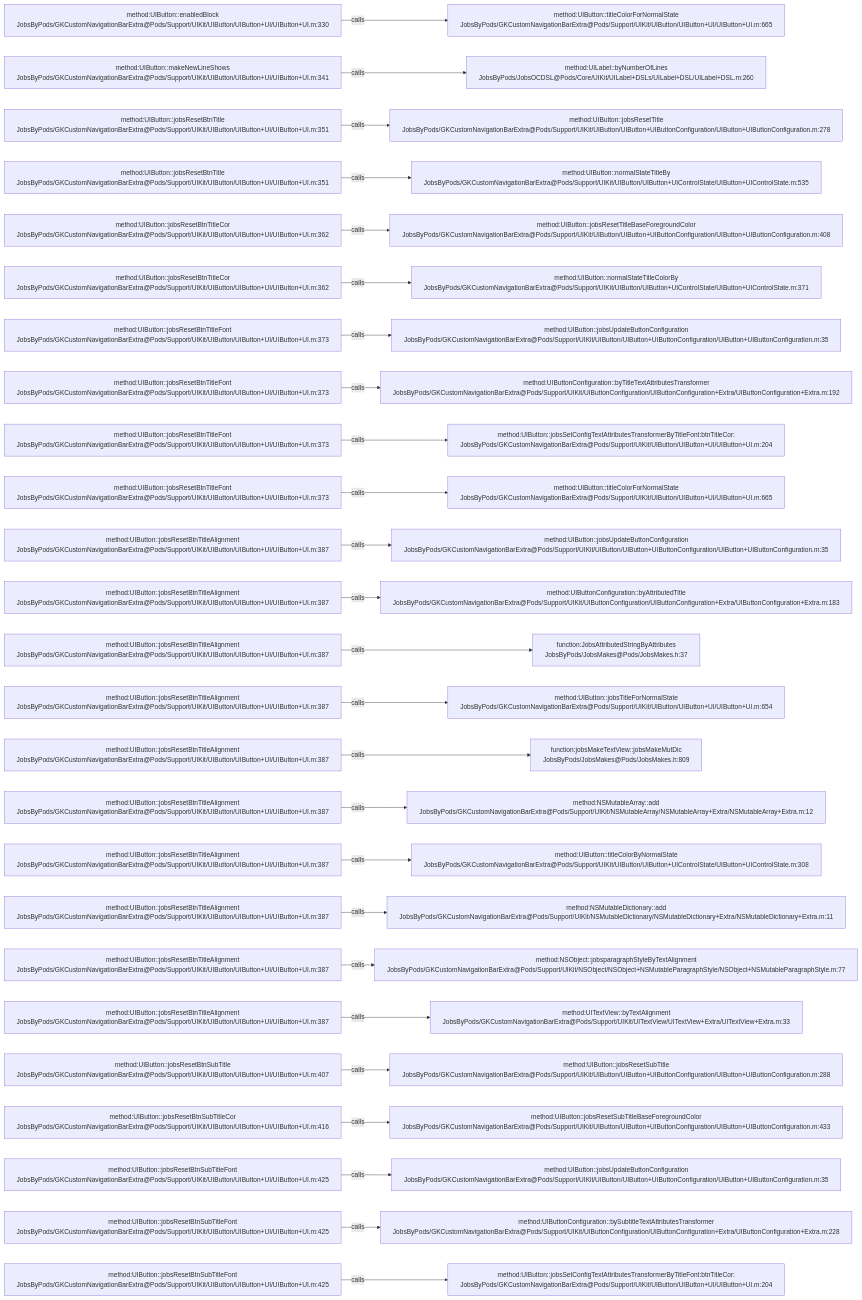
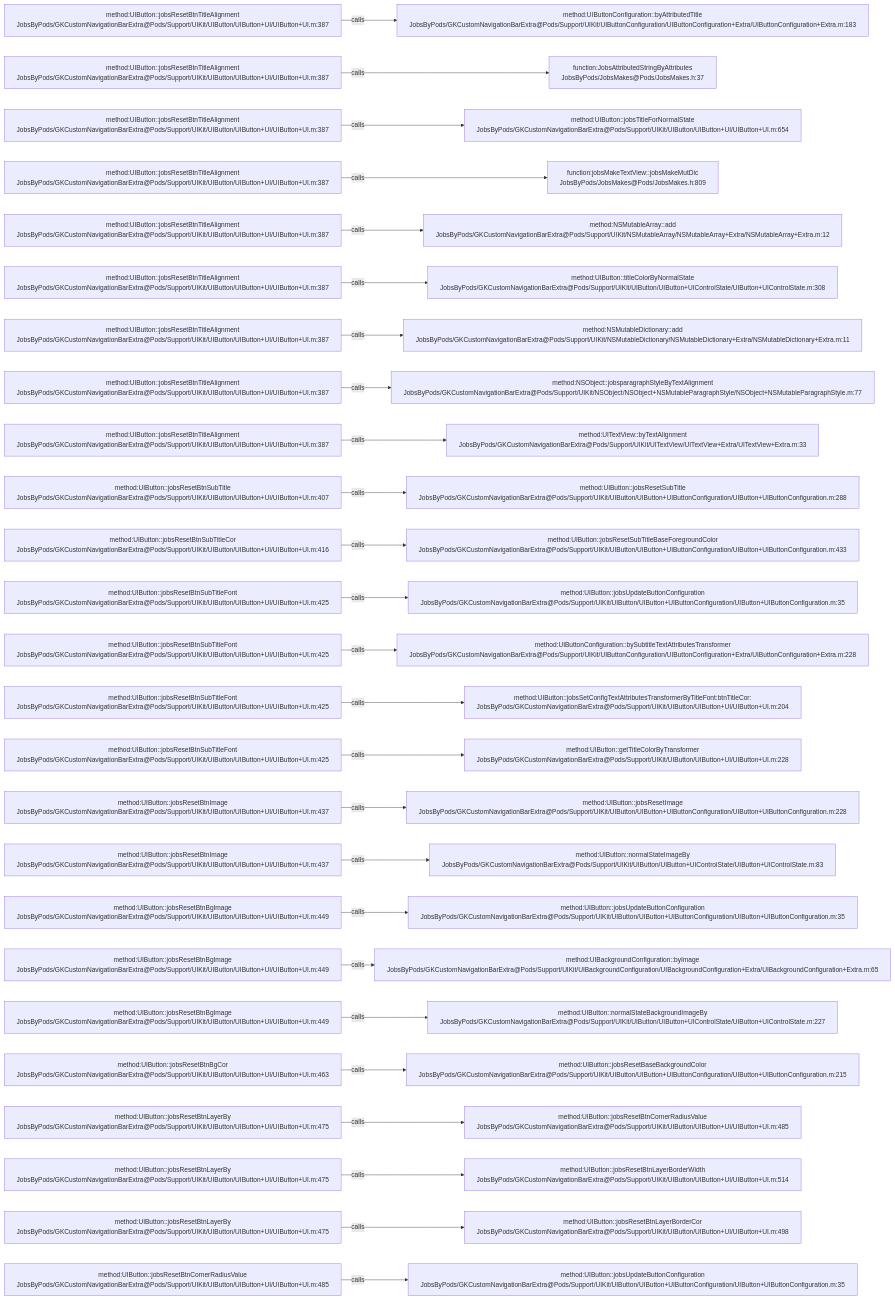
The diagram in .codegraph/codegraph.md/graphs/calls-029.md (JobsKits/JobsOCBaseConfigDemo), drawn with Mermaid before and after one commit. The commit also changed 223 other files, not shown here.

````diff
--- a/.codegraph/codegraph.md/graphs/calls-029.md
+++ b/.codegraph/codegraph.md/graphs/calls-029.md
@@ -13,78 +13,78 @@
 ```mermaid
 flowchart LR
-  S1["method:UIButton::enabledBlock<br/>JobsByPods/GKCustomNavigationBarExtra@Pods/Support/UIKit/UIButton/UIButton+UI/UIButton+UI.m:330"]
-  T1["method:UIButton::titleColorForNormalState<br/>JobsByPods/GKCustomNavigationBarExtra@Pods/Support/UIKit/UIButton/UIButton+UI/UIButton+UI.m:665"]
+  S1["method:UIButton::jobsResetBtnTitleAlignment<br/>JobsByPods/GKCustomNavigationBarExtra@Pods/Support/UIKit/UIButton/UIButton+UI/UIButton+UI.m:387"]
+  T1["method:UIButtonConfiguration::byAttributedTitle<br/>JobsByPods/GKCustomNavigationBarExtra@Pods/Support/UIKit/UIButtonConfiguration/UIButtonConfiguration+Extra/UIButtonConfiguration+Extra.m:183"]
   S1 -->|calls| T1
-  S2["method:UIButton::makeNewLineShows<br/>JobsByPods/GKCustomNavigationBarExtra@Pods/Support/UIKit/UIButton/UIButton+UI/UIButton+UI.m:341"]
-  T2["method:UILabel::byNumberOfLines<br/>JobsByPods/JobsOCDSL@Pods/Core/UIKit/UILabel+DSLs/UILabel+DSL/UILabel+DSL.m:260"]
+  S2["method:UIButton::jobsResetBtnTitleAlignment<br/>JobsByPods/GKCustomNavigationBarExtra@Pods/Support/UIKit/UIButton/UIButton+UI/UIButton+UI.m:387"]
+  T2["function:JobsAttributedStringByAttributes<br/>JobsByPods/JobsMakes@Pods/JobsMakes.h:37"]
   S2 -->|calls| T2
-  S3["method:UIButton::jobsResetBtnTitle<br/>JobsByPods/GKCustomNavigationBarExtra@Pods/Support/UIKit/UIButton/UIButton+UI/UIButton+UI.m:351"]
-  T3["method:UIButton::jobsResetTitle<br/>JobsByPods/GKCustomNavigationBarExtra@Pods/Support/UIKit/UIButton/UIButton+UIButtonConfiguration/UIButton+UIButtonConfiguration.m:278"]
+  S3["method:UIButton::jobsResetBtnTitleAlignment<br/>JobsByPods/GKCustomNavigationBarExtra@Pods/Support/UIKit/UIButton/UIButton+UI/UIButton+UI.m:387"]
+  T3["method:UIButton::jobsTitleForNormalState<br/>JobsByPods/GKCustomNavigationBarExtra@Pods/Support/UIKit/UIButton/UIButton+UI/UIButton+UI.m:654"]
   S3 -->|calls| T3
-  S4["method:UIButton::jobsResetBtnTitle<br/>JobsByPods/GKCustomNavigationBarExtra@Pods/Support/UIKit/UIButton/UIButton+UI/UIButton+UI.m:351"]
-  T4["method:UIButton::normalStateTitleBy<br/>JobsByPods/GKCustomNavigationBarExtra@Pods/Support/UIKit/UIButton/UIButton+UIControlState/UIButton+UIControlState.m:535"]
+  S4["method:UIButton::jobsResetBtnTitleAlignment<br/>JobsByPods/GKCustomNavigationBarExtra@Pods/Support/UIKit/UIButton/UIButton+UI/UIButton+UI.m:387"]
+  T4["function:jobsMakeTextView::jobsMakeMutDic<br/>JobsByPods/JobsMakes@Pods/JobsMakes.h:809"]
   S4 -->|calls| T4
-  S5["method:UIButton::jobsResetBtnTitleCor<br/>JobsByPods/GKCustomNavigationBarExtra@Pods/Support/UIKit/UIButton/UIButton+UI/UIButton+UI.m:362"]
-  T5["method:UIButton::jobsResetTitleBaseForegroundColor<br/>JobsByPods/GKCustomNavigationBarExtra@Pods/Support/UIKit/UIButton/UIButton+UIButtonConfiguration/UIButton+UIButtonConfiguration.m:408"]
+  S5["method:UIButton::jobsResetBtnTitleAlignment<br/>JobsByPods/GKCustomNavigationBarExtra@Pods/Support/UIKit/UIButton/UIButton+UI/UIButton+UI.m:387"]
+  T5["method:NSMutableArray::add<br/>JobsByPods/GKCustomNavigationBarExtra@Pods/Support/UIKit/NSMutableArray/NSMutableArray+Extra/NSMutableArray+Extra.m:12"]
   S5 -->|calls| T5
-  S6["method:UIButton::jobsResetBtnTitleCor<br/>JobsByPods/GKCustomNavigationBarExtra@Pods/Support/UIKit/UIButton/UIButton+UI/UIButton+UI.m:362"]
-  T6["method:UIButton::normalStateTitleColorBy<br/>JobsByPods/GKCustomNavigationBarExtra@Pods/Support/UIKit/UIButton/UIButton+UIControlState/UIButton+UIControlState.m:371"]
+  S6["method:UIButton::jobsResetBtnTitleAlignment<br/>JobsByPods/GKCustomNavigationBarExtra@Pods/Support/UIKit/UIButton/UIButton+UI/UIButton+UI.m:387"]
+  T6["method:UIButton::titleColorByNormalState<br/>JobsByPods/GKCustomNavigationBarExtra@Pods/Support/UIKit/UIButton/UIButton+UIControlState/UIButton+UIControlState.m:308"]
   S6 -->|calls| T6
-  S7["method:UIButton::jobsResetBtnTitleFont<br/>JobsByPods/GKCustomNavigationBarExtra@Pods/Support/UIKit/UIButton/UIButton+UI/UIButton+UI.m:373"]
-  T7["method:UIButton::jobsUpdateButtonConfiguration<br/>JobsByPods/GKCustomNavigationBarExtra@Pods/Support/UIKit/UIButton/UIButton+UIButtonConfiguration/UIButton+UIButtonConfiguration.m:35"]
+  S7["method:UIButton::jobsResetBtnTitleAlignment<br/>JobsByPods/GKCustomNavigationBarExtra@Pods/Support/UIKit/UIButton/UIButton+UI/UIButton+UI.m:387"]
+  T7["method:NSMutableDictionary::add<br/>JobsByPods/GKCustomNavigationBarExtra@Pods/Support/UIKit/NSMutableDictionary/NSMutableDictionary+Extra/NSMutableDictionary+Extra.m:11"]
   S7 -->|calls| T7
-  S8["method:UIButton::jobsResetBtnTitleFont<br/>JobsByPods/GKCustomNavigationBarExtra@Pods/Support/UIKit/UIButton/UIButton+UI/UIButton+UI.m:373"]
-  T8["method:UIButtonConfiguration::byTitleTextAttributesTransformer<br/>JobsByPods/GKCustomNavigationBarExtra@Pods/Support/UIKit/UIButtonConfiguration/UIButtonConfiguration+Extra/UIButtonConfiguration+Extra.m:192"]
+  S8["method:UIButton::jobsResetBtnTitleAlignment<br/>JobsByPods/GKCustomNavigationBarExtra@Pods/Support/UIKit/UIButton/UIButton+UI/UIButton+UI.m:387"]
+  T8["method:NSObject::jobsparagraphStyleByTextAlignment<br/>JobsByPods/GKCustomNavigationBarExtra@Pods/Support/UIKit/NSObject/NSObject+NSMutableParagraphStyle/NSObject+NSMutableParagraphStyle.m:77"]
   S8 -->|calls| T8
-  S9["method:UIButton::jobsResetBtnTitleFont<br/>JobsByPods/GKCustomNavigationBarExtra@Pods/Support/UIKit/UIButton/UIButton+UI/UIButton+UI.m:373"]
-  T9["method:UIButton::jobsSetConfigTextAttributesTransformerByTitleFont:btnTitleCor:<br/>JobsByPods/GKCustomNavigationBarExtra@Pods/Support/UIKit/UIButton/UIButton+UI/UIButton+UI.m:204"]
+  S9["method:UIButton::jobsResetBtnTitleAlignment<br/>JobsByPods/GKCustomNavigationBarExtra@Pods/Support/UIKit/UIButton/UIButton+UI/UIButton+UI.m:387"]
+  T9["method:UITextView::byTextAlignment<br/>JobsByPods/GKCustomNavigationBarExtra@Pods/Support/UIKit/UITextView/UITextView+Extra/UITextView+Extra.m:33"]
   S9 -->|calls| T9
-  S10["method:UIButton::jobsResetBtnTitleFont<br/>JobsByPods/GKCustomNavigationBarExtra@Pods/Support/UIKit/UIButton/UIButton+UI/UIButton+UI.m:373"]
-  T10["method:UIButton::titleColorForNormalState<br/>JobsByPods/GKCustomNavigationBarExtra@Pods/Support/UIKit/UIButton/UIButton+UI/UIButton+UI.m:665"]
+  S10["method:UIButton::jobsResetBtnSubTitle<br/>JobsByPods/GKCustomNavigationBarExtra@Pods/Support/UIKit/UIButton/UIButton+UI/UIButton+UI.m:407"]
+  T10["method:UIButton::jobsResetSubTitle<br/>JobsByPods/GKCustomNavigationBarExtra@Pods/Support/UIKit/UIButton/UIButton+UIButtonConfiguration/UIButton+UIButtonConfiguration.m:288"]
   S10 -->|calls| T10
-  S11["method:UIButton::jobsResetBtnTitleAlignment<br/>JobsByPods/GKCustomNavigationBarExtra@Pods/Support/UIKit/UIButton/UIButton+UI/UIButton+UI.m:387"]
-  T11["method:UIButton::jobsUpdateButtonConfiguration<br/>JobsByPods/GKCustomNavigationBarExtra@Pods/Support/UIKit/UIButton/UIButton+UIButtonConfiguration/UIButton+UIButtonConfiguration.m:35"]
+  S11["method:UIButton::jobsResetBtnSubTitleCor<br/>JobsByPods/GKCustomNavigationBarExtra@Pods/Support/UIKit/UIButton/UIButton+UI/UIButton+UI.m:416"]
+  T11["method:UIButton::jobsResetSubTitleBaseForegroundColor<br/>JobsByPods/GKCustomNavigationBarExtra@Pods/Support/UIKit/UIButton/UIButton+UIButtonConfiguration/UIButton+UIButtonConfiguration.m:433"]
   S11 -->|calls| T11
-  S12["method:UIButton::jobsResetBtnTitleAlignment<br/>JobsByPods/GKCustomNavigationBarExtra@Pods/Support/UIKit/UIButton/UIButton+UI/UIButton+UI.m:387"]
-  T12["method:UIButtonConfiguration::byAttributedTitle<br/>JobsByPods/GKCustomNavigationBarExtra@Pods/Support/UIKit/UIButtonConfiguration/UIButtonConfiguration+Extra/UIButtonConfiguration+Extra.m:183"]
+  S12["method:UIButton::jobsResetBtnSubTitleFont<br/>JobsByPods/GKCustomNavigationBarExtra@Pods/Support/UIKit/UIButton/UIButton+UI/UIButton+UI.m:425"]
+  T12["method:UIButton::jobsUpdateButtonConfiguration<br/>JobsByPods/GKCustomNavigationBarExtra@Pods/Support/UIKit/UIButton/UIButton+UIButtonConfiguration/UIButton+UIButtonConfiguration.m:35"]
   S12 -->|calls| T12
-  S13["method:UIButton::jobsResetBtnTitleAlignment<br/>JobsByPods/GKCustomNavigationBarExtra@Pods/Support/UIKit/UIButton/UIButton+UI/UIButton+UI.m:387"]
-  T13["function:JobsAttributedStringByAttributes<br/>JobsByPods/JobsMakes@Pods/JobsMakes.h:37"]
+  S13["method:UIButton::jobsResetBtnSubTitleFont<br/>JobsByPods/GKCustomNavigationBarExtra@Pods/Support/UIKit/UIButton/UIButton+UI/UIButton+UI.m:425"]
+  T13["method:UIButtonConfiguration::bySubtitleTextAttributesTransformer<br/>JobsByPods/GKCustomNavigationBarExtra@Pods/Support/UIKit/UIButtonConfiguration/UIButtonConfiguration+Extra/UIButtonConfiguration+Extra.m:228"]
   S13 -->|calls| T13
-  S14["method:UIButton::jobsResetBtnTitleAlignment<br/>JobsByPods/GKCustomNavigationBarExtra@Pods/Support/UIKit/UIButton/UIButton+UI/UIButton+UI.m:387"]
-  T14["method:UIButton::jobsTitleForNormalState<br/>JobsByPods/GKCustomNavigationBarExtra@Pods/Support/UIKit/UIButton/UIButton+UI/UIButton+UI.m:654"]
+  S14["method:UIButton::jobsResetBtnSubTitleFont<br/>JobsByPods/GKCustomNavigationBarExtra@Pods/Support/UIKit/UIButton/UIButton+UI/UIButton+UI.m:425"]
+  T14["method:UIButton::jobsSetConfigTextAttributesTransformerByTitleFont:btnTitleCor:<br/>JobsByPods/GKCustomNavigationBarExtra@Pods/Support/UIKit/UIButton/UIButton+UI/UIButton+UI.m:204"]
   S14 -->|calls| T14
-  S15["method:UIButton::jobsResetBtnTitleAlignment<br/>JobsByPods/GKCustomNavigationBarExtra@Pods/Support/UIKit/UIButton/UIButton+UI/UIButton+UI.m:387"]
-  T15["function:jobsMakeTextView::jobsMakeMutDic<br/>JobsByPods/JobsMakes@Pods/JobsMakes.h:809"]
+  S15["method:UIButton::jobsResetBtnSubTitleFont<br/>JobsByPods/GKCustomNavigationBarExtra@Pods/Support/UIKit/UIButton/UIButton+UI/UIButton+UI.m:425"]
+  T15["method:UIButton::getTitleColorByTransformer<br/>JobsByPods/GKCustomNavigationBarExtra@Pods/Support/UIKit/UIButton/UIButton+UI/UIButton+UI.m:228"]
   S15 -->|calls| T15
-  S16["method:UIButton::jobsResetBtnTitleAlignment<br/>JobsByPods/GKCustomNavigationBarExtra@Pods/Support/UIKit/UIButton/UIButton+UI/UIButton+UI.m:387"]
-  T16["method:NSMutableArray::add<br/>JobsByPods/GKCustomNavigationBarExtra@Pods/Support/UIKit/NSMutableArray/NSMutableArray+Extra/NSMutableArray+Extra.m:12"]
+  S16["method:UIButton::jobsResetBtnImage<br/>JobsByPods/GKCustomNavigationBarExtra@Pods/Support/UIKit/UIButton/UIButton+UI/UIButton+UI.m:437"]
+  T16["method:UIButton::jobsResetImage<br/>JobsByPods/GKCustomNavigationBarExtra@Pods/Support/UIKit/UIButton/UIButton+UIButtonConfiguration/UIButton+UIButtonConfiguration.m:228"]
   S16 -->|calls| T16
-  S17["method:UIButton::jobsResetBtnTitleAlignment<br/>JobsByPods/GKCustomNavigationBarExtra@Pods/Support/UIKit/UIButton/UIButton+UI/UIButton+UI.m:387"]
-  T17["method:UIButton::titleColorByNormalState<br/>JobsByPods/GKCustomNavigationBarExtra@Pods/Support/UIKit/UIButton/UIButton+UIControlState/UIButton+UIControlState.m:308"]
+  S17["method:UIButton::jobsResetBtnImage<br/>JobsByPods/GKCustomNavigationBarExtra@Pods/Support/UIKit/UIButton/UIButton+UI/UIButton+UI.m:437"]
+  T17["method:UIButton::normalStateImageBy<br/>JobsByPods/GKCustomNavigationBarExtra@Pods/Support/UIKit/UIButton/UIButton+UIControlState/UIButton+UIControlState.m:83"]
   S17 -->|calls| T17
-  S18["method:UIButton::jobsResetBtnTitleAlignment<br/>JobsByPods/GKCustomNavigationBarExtra@Pods/Support/UIKit/UIButton/UIButton+UI/UIButton+UI.m:387"]
-  T18["method:NSMutableDictionary::add<br/>JobsByPods/GKCustomNavigationBarExtra@Pods/Support/UIKit/NSMutableDictionary/NSMutableDictionary+Extra/NSMutableDictionary+Extra.m:11"]
+  S18["method:UIButton::jobsResetBtnBgImage<br/>JobsByPods/GKCustomNavigationBarExtra@Pods/Support/UIKit/UIButton/UIButton+UI/UIButton+UI.m:449"]
+  T18["method:UIButton::jobsUpdateButtonConfiguration<br/>JobsByPods/GKCustomNavigationBarExtra@Pods/Support/UIKit/UIButton/UIButton+UIButtonConfiguration/UIButton+UIButtonConfiguration.m:35"]
   S18 -->|calls| T18
-  S19["method:UIButton::jobsResetBtnTitleAlignment<br/>JobsByPods/GKCustomNavigationBarExtra@Pods/Support/UIKit/UIButton/UIButton+UI/UIButton+UI.m:387"]
-  T19["method:NSObject::jobsparagraphStyleByTextAlignment<br/>JobsByPods/GKCustomNavigationBarExtra@Pods/Support/UIKit/NSObject/NSObject+NSMutableParagraphStyle/NSObject+NSMutableParagraphStyle.m:77"]
+  S19["method:UIButton::jobsResetBtnBgImage<br/>JobsByPods/GKCustomNavigationBarExtra@Pods/Support/UIKit/UIButton/UIButton+UI/UIButton+UI.m:449"]
+  T19["method:UIBackgroundConfiguration::byImage<br/>JobsByPods/GKCustomNavigationBarExtra@Pods/Support/UIKit/UIBackgroundConfiguration/UIBackgroundConfiguration+Extra/UIBackgroundConfiguration+Extra.m:65"]
   S19 -->|calls| T19
-  S20["method:UIButton::jobsResetBtnTitleAlignment<br/>JobsByPods/GKCustomNavigationBarExtra@Pods/Support/UIKit/UIButton/UIButton+UI/UIButton+UI.m:387"]
-  T20["method:UITextView::byTextAlignment<br/>JobsByPods/GKCustomNavigationBarExtra@Pods/Support/UIKit/UITextView/UITextView+Extra/UITextView+Extra.m:33"]
+  S20["method:UIButton::jobsResetBtnBgImage<br/>JobsByPods/GKCustomNavigationBarExtra@Pods/Support/UIKit/UIButton/UIButton+UI/UIButton+UI.m:449"]
+  T20["method:UIButton::normalStateBackgroundImageBy<br/>JobsByPods/GKCustomNavigationBarExtra@Pods/Support/UIKit/UIButton/UIButton+UIControlState/UIButton+UIControlState.m:227"]
   S20 -->|calls| T20
-  S21["method:UIButton::jobsResetBtnSubTitle<br/>JobsByPods/GKCustomNavigationBarExtra@Pods/Support/UIKit/UIButton/UIButton+UI/UIButton+UI.m:407"]
-  T21["method:UIButton::jobsResetSubTitle<br/>JobsByPods/GKCustomNavigationBarExtra@Pods/Support/UIKit/UIButton/UIButton+UIButtonConfiguration/UIButton+UIButtonConfiguration.m:288"]
+  S21["method:UIButton::jobsResetBtnBgCor<br/>JobsByPods/GKCustomNavigationBarExtra@Pods/Support/UIKit/UIButton/UIButton+UI/UIButton+UI.m:463"]
+  T21["method:UIButton::jobsResetBaseBackgroundColor<br/>JobsByPods/GKCustomNavigationBarExtra@Pods/Support/UIKit/UIButton/UIButton+UIButtonConfiguration/UIButton+UIButtonConfiguration.m:215"]
   S21 -->|calls| T21
-  S22["method:UIButton::jobsResetBtnSubTitleCor<br/>JobsByPods/GKCustomNavigationBarExtra@Pods/Support/UIKit/UIButton/UIButton+UI/UIButton+UI.m:416"]
-  T22["method:UIButton::jobsResetSubTitleBaseForegroundColor<br/>JobsByPods/GKCustomNavigationBarExtra@Pods/Support/UIKit/UIButton/UIButton+UIButtonConfiguration/UIButton+UIButtonConfiguration.m:433"]
+  S22["method:UIButton::jobsResetBtnLayerBy<br/>JobsByPods/GKCustomNavigationBarExtra@Pods/Support/UIKit/UIButton/UIButton+UI/UIButton+UI.m:475"]
+  T22["method:UIButton::jobsResetBtnCornerRadiusValue<br/>JobsByPods/GKCustomNavigationBarExtra@Pods/Support/UIKit/UIButton/UIButton+UI/UIButton+UI.m:485"]
   S22 -->|calls| T22
-  S23["method:UIButton::jobsResetBtnSubTitleFont<br/>JobsByPods/GKCustomNavigationBarExtra@Pods/Support/UIKit/UIButton/UIButton+UI/UIButton+UI.m:425"]
-  T23["method:UIButton::jobsUpdateButtonConfiguration<br/>JobsByPods/GKCustomNavigationBarExtra@Pods/Support/UIKit/UIButton/UIButton+UIButtonConfiguration/UIButton+UIButtonConfiguration.m:35"]
+  S23["method:UIButton::jobsResetBtnLayerBy<br/>JobsByPods/GKCustomNavigationBarExtra@Pods/Support/UIKit/UIButton/UIButton+UI/UIButton+UI.m:475"]
+  T23["method:UIButton::jobsResetBtnLayerBorderWidth<br/>JobsByPods/GKCustomNavigationBarExtra@Pods/Support/UIKit/UIButton/UIButton+UI/UIButton+UI.m:514"]
   S23 -->|calls| T23
-  S24["method:UIButton::jobsResetBtnSubTitleFont<br/>JobsByPods/GKCustomNavigationBarExtra@Pods/Support/UIKit/UIButton/UIButton+UI/UIButton+UI.m:425"]
-  T24["method:UIButtonConfiguration::bySubtitleTextAttributesTransformer<br/>JobsByPods/GKCustomNavigationBarExtra@Pods/Support/UIKit/UIButtonConfiguration/UIButtonConfiguration+Extra/UIButtonConfiguration+Extra.m:228"]
+  S24["method:UIButton::jobsResetBtnLayerBy<br/>JobsByPods/GKCustomNavigationBarExtra@Pods/Support/UIKit/UIButton/UIButton+UI/UIButton+UI.m:475"]
+  T24["method:UIButton::jobsResetBtnLayerBorderCor<br/>JobsByPods/GKCustomNavigationBarExtra@Pods/Support/UIKit/UIButton/UIButton+UI/UIButton+UI.m:498"]
   S24 -->|calls| T24
-  S25["method:UIButton::jobsResetBtnSubTitleFont<br/>JobsByPods/GKCustomNavigationBarExtra@Pods/Support/UIKit/UIButton/UIButton+UI/UIButton+UI.m:425"]
-  T25["method:UIButton::jobsSetConfigTextAttributesTransformerByTitleFont:btnTitleCor:<br/>JobsByPods/GKCustomNavigationBarExtra@Pods/Support/UIKit/UIButton/UIButton+UI/UIButton+UI.m:204"]
+  S25["method:UIButton::jobsResetBtnCornerRadiusValue<br/>JobsByPods/GKCustomNavigationBarExtra@Pods/Support/UIKit/UIButton/UIButton+UI/UIButton+UI.m:485"]
+  T25["method:UIButton::jobsUpdateButtonConfiguration<br/>JobsByPods/GKCustomNavigationBarExtra@Pods/Support/UIKit/UIButton/UIButton+UIButtonConfiguration/UIButton+UIButtonConfiguration.m:35"]
   S25 -->|calls| T25
 ```
````
